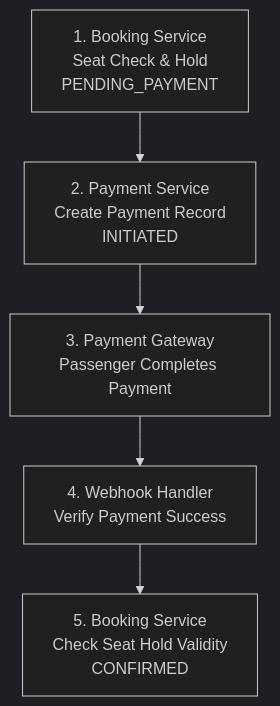
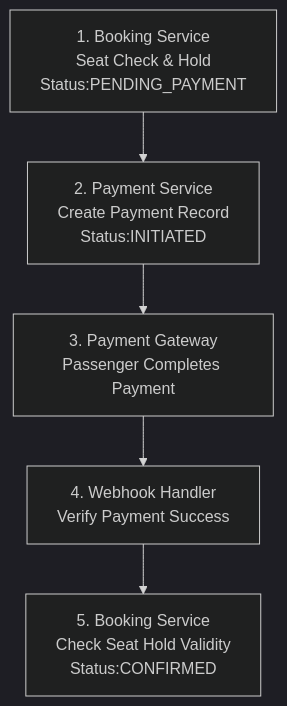
One commit to Murad134/System-Design-Playbook changed the fifth of 8 diagrams in Train Ticket Booking System/README.md. Above: the diagram before and after it, drawn with Mermaid (dark theme). The commit also changed other lines of this file, not shown here.

````diff
--- a/Train Ticket Booking System/README.md
+++ b/Train Ticket Booking System/README.md
@@ -632,13 +628,13 @@
 ```mermaid
 flowchart TD
-    A["1. Booking Service<br/>Seat Check & Hold<br/>PENDING_PAYMENT"]
-    B["2. Payment Service<br/>Create Payment Record<br/>INITIATED"]
+    A["1. Booking Service<br/>Seat Check & Hold<br/>Status:PENDING_PAYMENT"]
+    B["2. Payment Service<br/>Create Payment Record<br/>Status:INITIATED"]
     C["3. Payment Gateway<br/>Passenger Completes Payment"]
     D["4. Webhook Handler<br/>Verify Payment Success"]
-    E["5. Booking Service<br/>Check Seat Hold Validity<br/>CONFIRMED"]
+    E["5. Booking Service<br/>Check Seat Hold Validity<br/>Status:CONFIRMED"]
 
     A --> B
     B --> C
     C --> D
     D --> E
 ```
````
